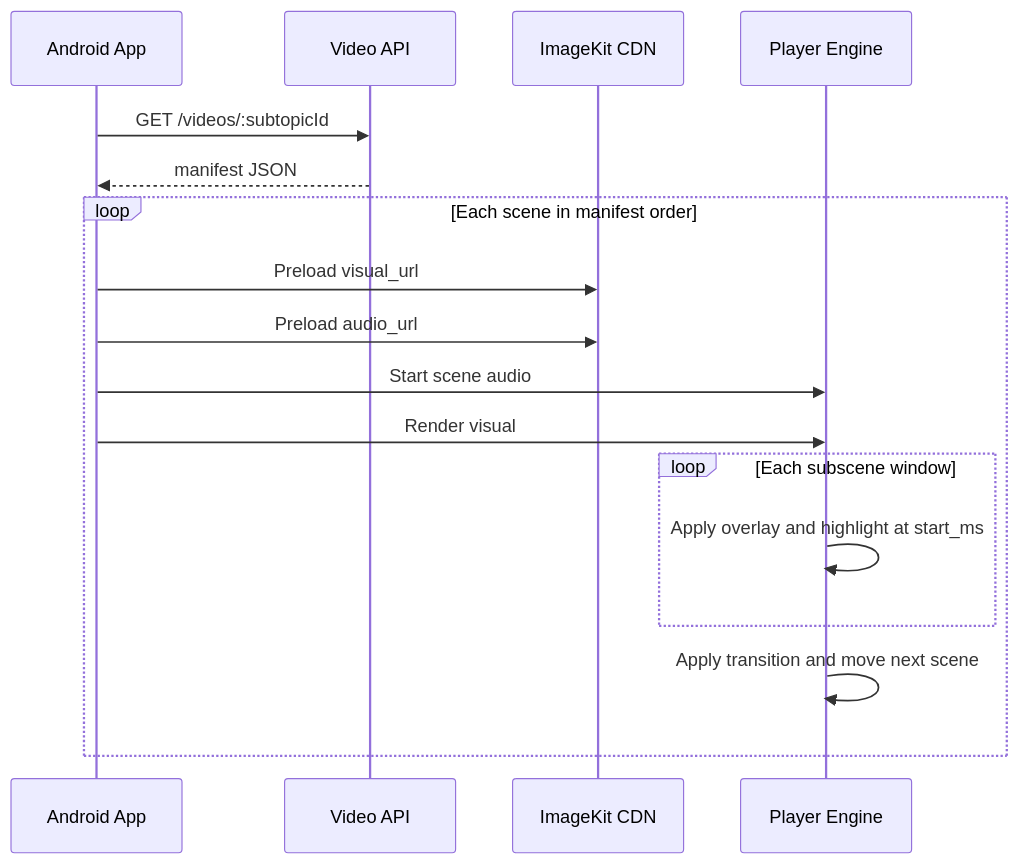
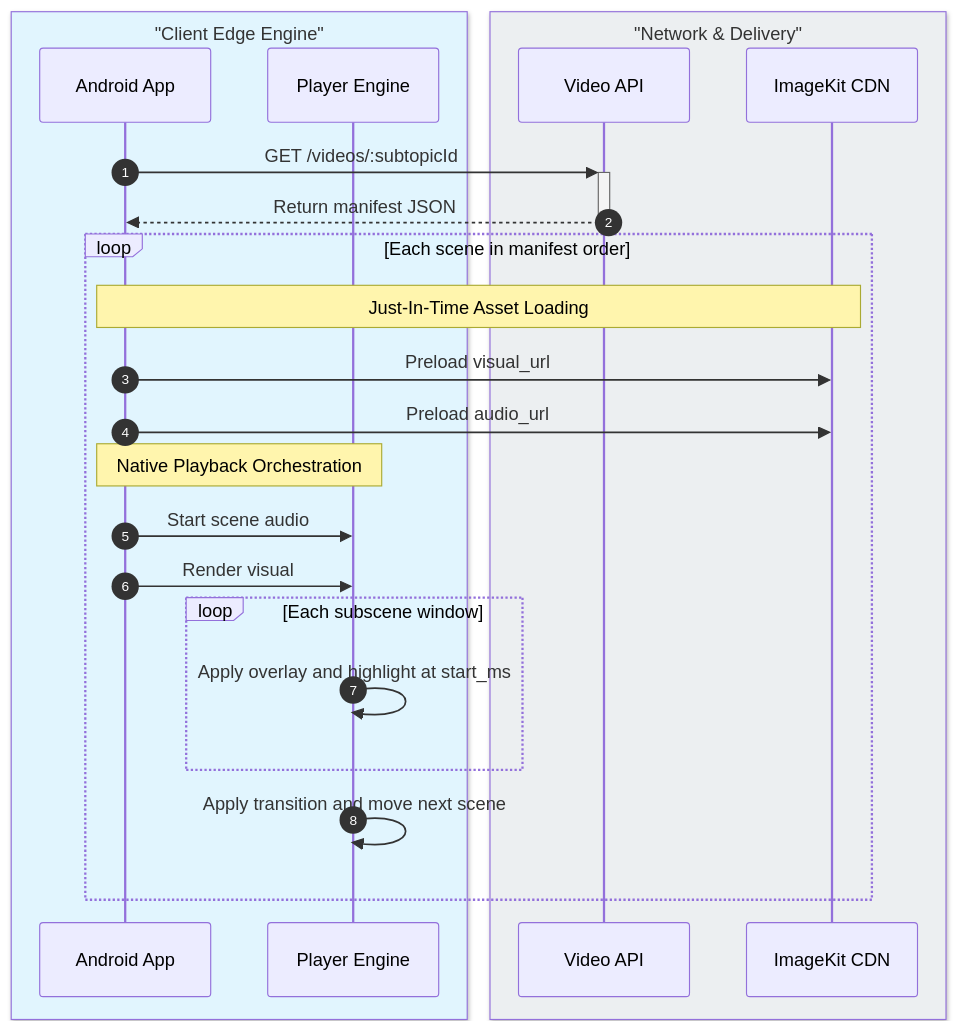
Before and after one commit to codeW-Krish/ai-course-backend: the fifth of 8 diagrams in ARCHITECTURE.md, drawn with Mermaid. The commit also changed other lines of this file and 1 other file, not shown here.

Commit message:
update diagram

````diff
--- a/ARCHITECTURE.md
+++ b/ARCHITECTURE.md
@@ -179,21 +263,33 @@
 ```mermaid
 sequenceDiagram
-    participant A as Android App
-    participant API as Video API
-    participant CDN as ImageKit CDN
-    participant P as Player Engine
+    autonumber
 
-    A->>API: GET /videos/:subtopicId
-    API-->>A: manifest JSON
+    box rgb(225, 245, 254) "Client Edge Engine"
+        participant A as Android App
+        participant P as Player Engine
+    end
+    
+    box rgb(236, 239, 241) "Network & Delivery"
+        participant API as Video API
+        participant CDN as ImageKit CDN
+    end
+
+    A->>+API: GET /videos/:subtopicId
+    API-->>-A: Return manifest JSON
 
     loop Each scene in manifest order
+        Note over A,CDN: Just-In-Time Asset Loading
         A->>CDN: Preload visual_url
         A->>CDN: Preload audio_url
+        
+        Note over A,P: Native Playback Orchestration
         A->>P: Start scene audio
         A->>P: Render visual
+        
         loop Each subscene window
             P->>P: Apply overlay and highlight at start_ms
         end
+        
         P->>P: Apply transition and move next scene
     end
 ```
````
